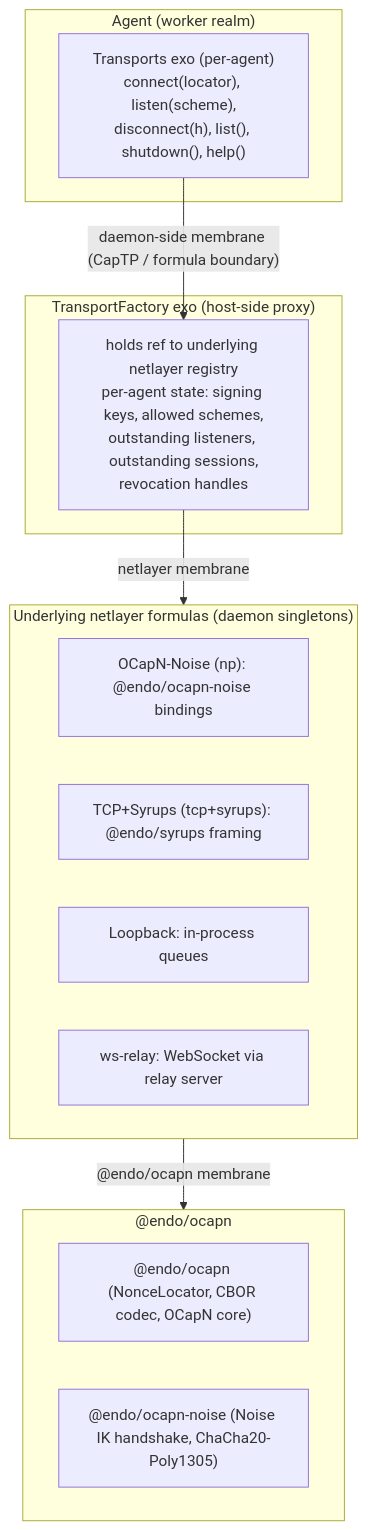
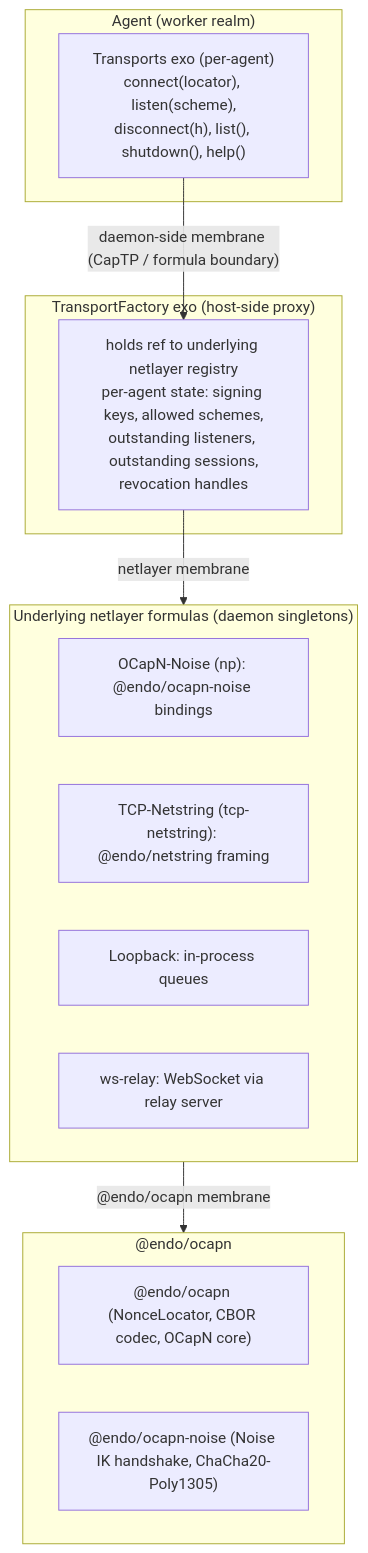
One commit to endojs/endo-but-for-bots changed the diagram in designs/ocapn-daemon-integration.md. Above: the diagram before and after it, drawn with Mermaid. The commit also changed other lines of this file, not shown here.

````diff
--- a/designs/ocapn-daemon-integration.md
+++ b/designs/ocapn-daemon-integration.md
@@ -310,26 +350,26 @@
 ```mermaid
 flowchart TD
     subgraph agent["Agent (worker realm)"]
         A["Transports exo (per-agent)<br/>connect(locator), listen(scheme),<br/>disconnect(h), list(), shutdown(), help()"]
     end
 
     subgraph host["TransportFactory exo (host-side proxy)"]
         F["holds ref to underlying netlayer registry<br/>per-agent state: signing keys, allowed schemes,<br/>outstanding listeners, outstanding sessions,<br/>revocation handles"]
     end
 
     subgraph netlayers["Underlying netlayer formulas (daemon singletons)"]
         N1["OCapN-Noise (np): @endo/ocapn-noise bindings"]
-        N2["TCP+Syrups (tcp+syrups): @endo/syrups framing"]
+        N2["TCP-Netstring (tcp-netstring): @endo/netstring framing"]
         N3["Loopback: in-process queues"]
         N4["ws-relay: WebSocket via relay server"]
     end
 
     subgraph core["@endo/ocapn"]
         C1["@endo/ocapn (NonceLocator, CBOR codec, OCapN core)"]
         C2["@endo/ocapn-noise (Noise IK handshake, ChaCha20-Poly1305)"]
     end
 
     A -->|"daemon-side membrane (CapTP / formula boundary)"| F
     F -->|"netlayer membrane"| netlayers
     netlayers -->|"@endo/ocapn membrane"| core
 ```
````
